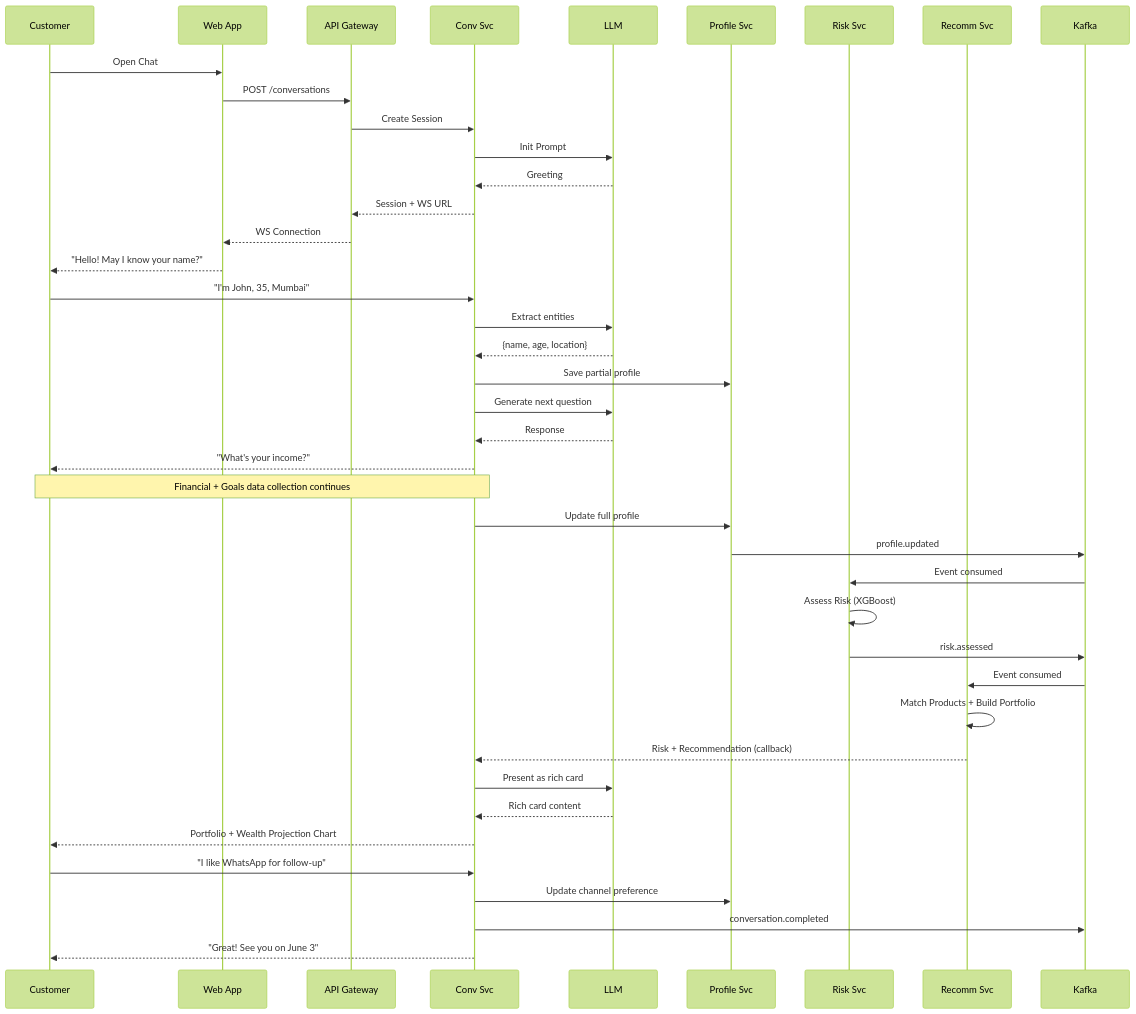
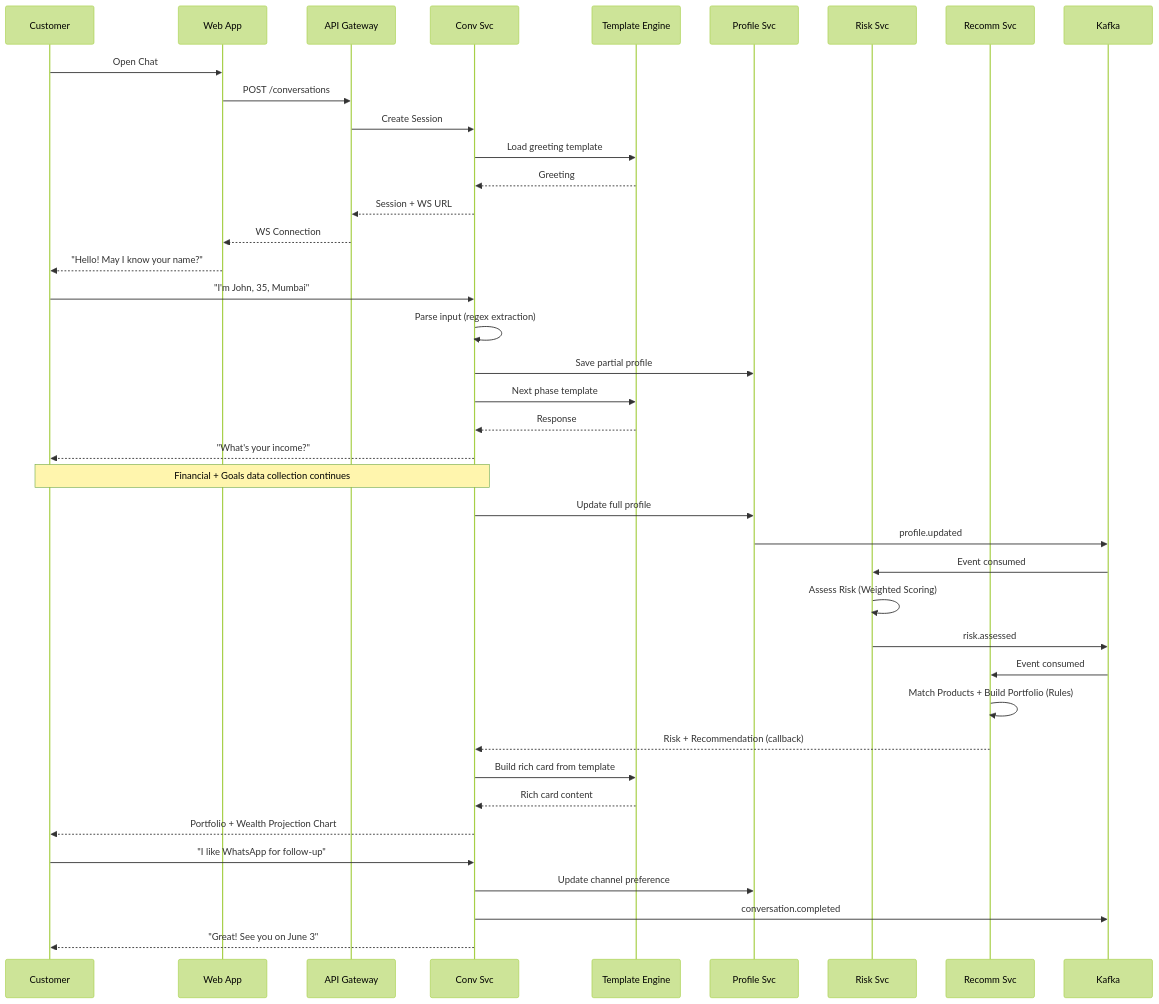
The second of 3 diagrams in docs/design/03-low-level-design.md (Cognition-Partner-Workshops/uc-framework-upgrade-monolith-to-microservices), drawn with Mermaid (forest theme) before and after one commit. The commit also changed other lines of this file and 4 other files, not shown here.

````diff
--- a/docs/design/03-low-level-design.md
+++ b/docs/design/03-low-level-design.md
@@ -972,48 +971,47 @@
 ```mermaid
 sequenceDiagram
     participant C as Customer
     participant W as Web App
     participant GW as API Gateway
     participant CS as Conv Svc
-    participant LLM as LLM
+    participant TE as Template Engine
     participant PS as Profile Svc
     participant RS as Risk Svc
     participant REC as Recomm Svc
     participant K as Kafka
 
     C->>W: Open Chat
     W->>GW: POST /conversations
     GW->>CS: Create Session
-    CS->>LLM: Init Prompt
-    LLM-->>CS: Greeting
+    CS->>TE: Load greeting template
+    TE-->>CS: Greeting
     CS-->>GW: Session + WS URL
     GW-->>W: WS Connection
     W-->>C: "Hello! May I know your name?"
 
     C->>CS: "I'm John, 35, Mumbai"
-    CS->>LLM: Extract entities
-    LLM-->>CS: {name, age, location}
+    CS->>CS: Parse input (regex extraction)
     CS->>PS: Save partial profile
-    CS->>LLM: Generate next question
-    LLM-->>CS: Response
+    CS->>TE: Next phase template
+    TE-->>CS: Response
     CS-->>C: "What's your income?"
 
     Note over C,CS: Financial + Goals data collection continues
 
     CS->>PS: Update full profile
     PS->>K: profile.updated
     K->>RS: Event consumed
-    RS->>RS: Assess Risk (XGBoost)
+    RS->>RS: Assess Risk (Weighted Scoring)
     RS->>K: risk.assessed
     K->>REC: Event consumed
-    REC->>REC: Match Products + Build Portfolio
+    REC->>REC: Match Products + Build Portfolio (Rules)
     REC-->>CS: Risk + Recommendation (callback)
-    CS->>LLM: Present as rich card
-    LLM-->>CS: Rich card content
+    CS->>TE: Build rich card from template
+    TE-->>CS: Rich card content
     CS-->>C: Portfolio + Wealth Projection Chart
 
     C->>CS: "I like WhatsApp for follow-up"
     CS->>PS: Update channel preference
     CS->>K: conversation.completed
     CS-->>C: "Great! See you on June 3"
 ```
````
